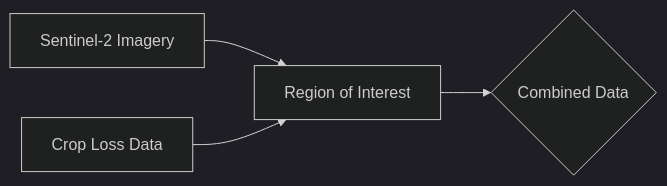
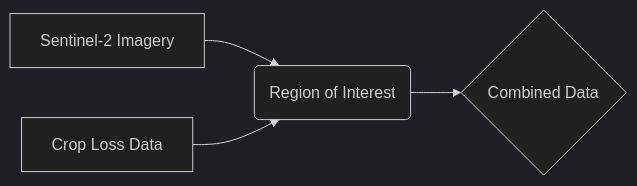
One commit to CropPulse/CropPulse-Hackathon1 changed the first of 5 diagrams in README.md. Above: the diagram before and after it, drawn with Mermaid (dark theme). The commit also changed other lines of this file, not shown here.

````diff
--- a/README.md
+++ b/README.md
@@ -28,6 +25,6 @@
 ```mermaid
 graph LR
-    A[Sentinel-2 Imagery] --> B[Region of Interest];
+    A[Sentinel-2 Imagery] --> B(Region of Interest);
     C[Crop Loss Data] --> B;
     B --> D{Combined Data};
 ```
````
